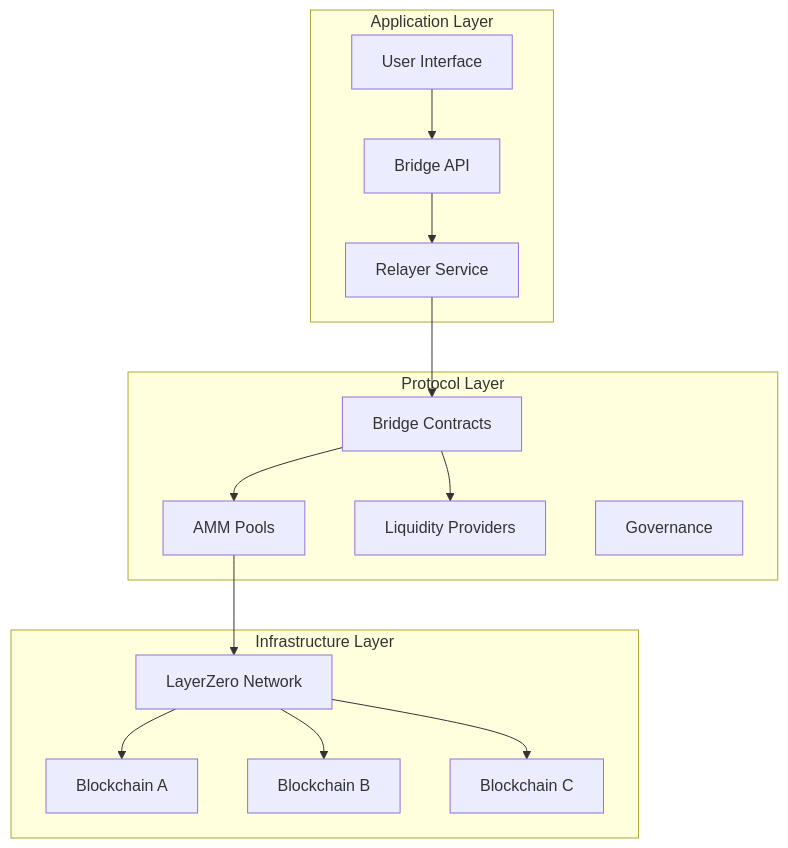
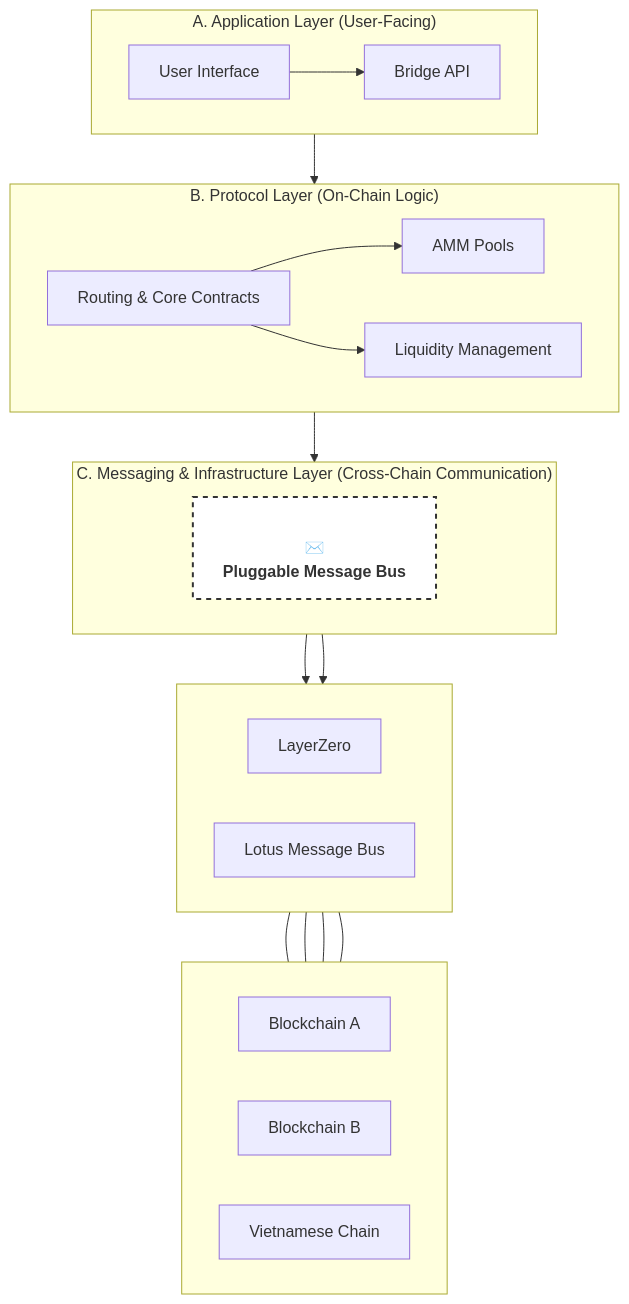
The first of 8 diagrams in architecture.MD (DxcMint868/lotus-bridge-monorepo), drawn with Mermaid before and after one commit. The commit also changed other lines of this file, not shown here.

````diff
--- a/architecture.MD
+++ b/architecture.MD
@@ -43,32 +39,49 @@
 ```mermaid
-graph TB
-    subgraph "Application Layer"
+graph TD
+    subgraph "A. Application Layer (User-Facing)"
+        direction LR
         UI[User Interface]
-        API[Bridge API]
-        REL[Relayer Service]
+        API[️Bridge API]
     end
-    
-    subgraph "Protocol Layer"
-        BC[Bridge Contracts]
+
+    subgraph "B. Protocol Layer (On-Chain Logic)"
+        direction LR
+        RC[Routing & Core Contracts]
         AMM[AMM Pools]
-        LP[Liquidity Providers]
-        GOV[Governance]
+        LP[Liquidity Management]
     end
-    
-    subgraph "Infrastructure Layer"
-        LZ[LayerZero Network]
-        BC1[Blockchain A]
-        BC2[Blockchain B]
-        BC3[Blockchain C]
+
+    subgraph "C. Messaging & Infrastructure Layer (Cross-Chain Communication)"
+        direction LR
+        MB[<br/>✉️<br/><b>Pluggable Message Bus</b>]
     end
-    
-    UI --> API
-    API --> REL
-    REL --> BC
-    BC --> AMM
-    BC --> LP
-    AMM --> LZ
-    LZ --> BC1
-    LZ --> BC2
-    LZ --> BC3
+
+    subgraph " "
+      direction LR
+      LZ[LayerZero]
+      LMB[Lotus Message Bus]
+    end
+
+    subgraph " "
+      direction LR
+      CHAIN_A[Blockchain A]
+      CHAIN_B[Blockchain B]
+      CHAIN_VN[Vietnamese Chain]
+    end
+
+
+    UI --> API;
+    API --> RC;
+    RC --> AMM;
+    RC --> LP;
+    RC --> MB;
+    MB --> LZ;
+    MB --> LMB;
+
+    LZ --- CHAIN_A;
+    LZ --- CHAIN_B;
+    LMB --- CHAIN_VN;
+    LMB --- CHAIN_A;
+
+    style MB fill:#fff,stroke:#333,stroke-width:2px,stroke-dasharray: 5 5
 ```
````
